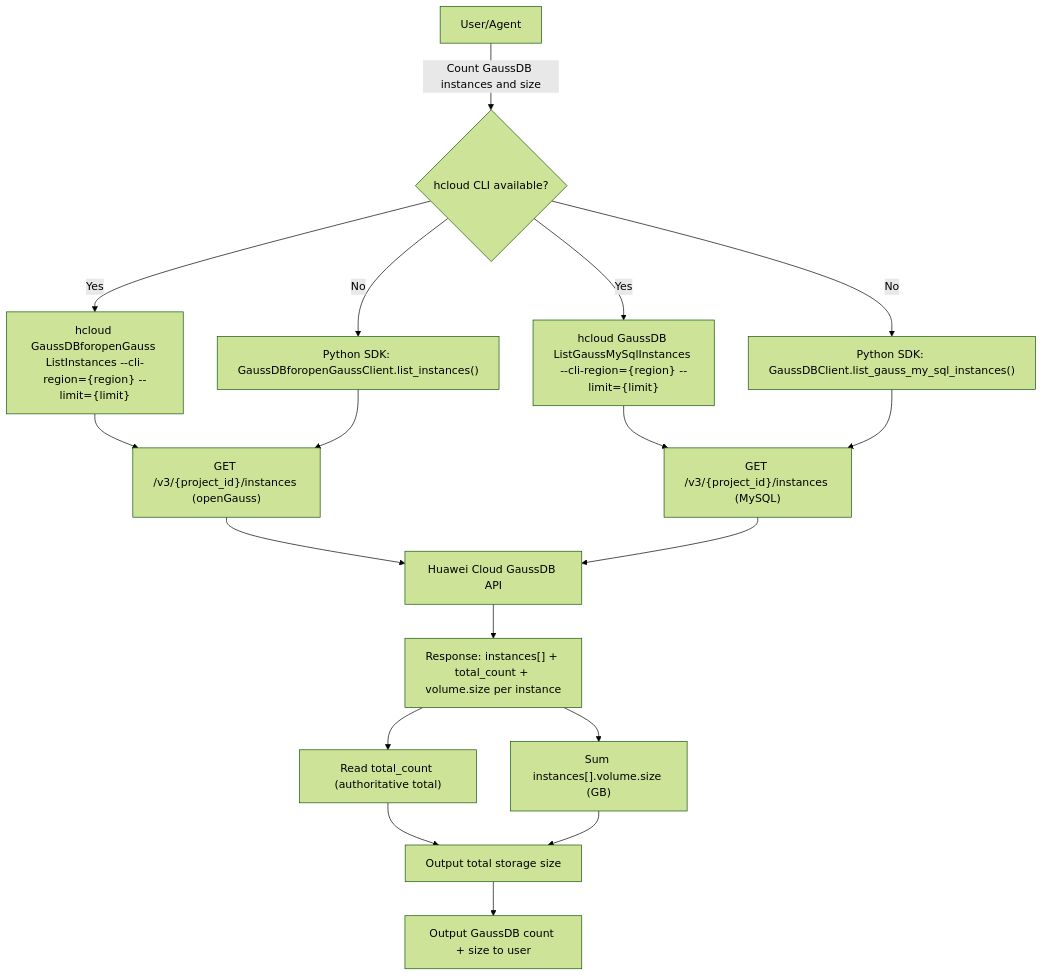
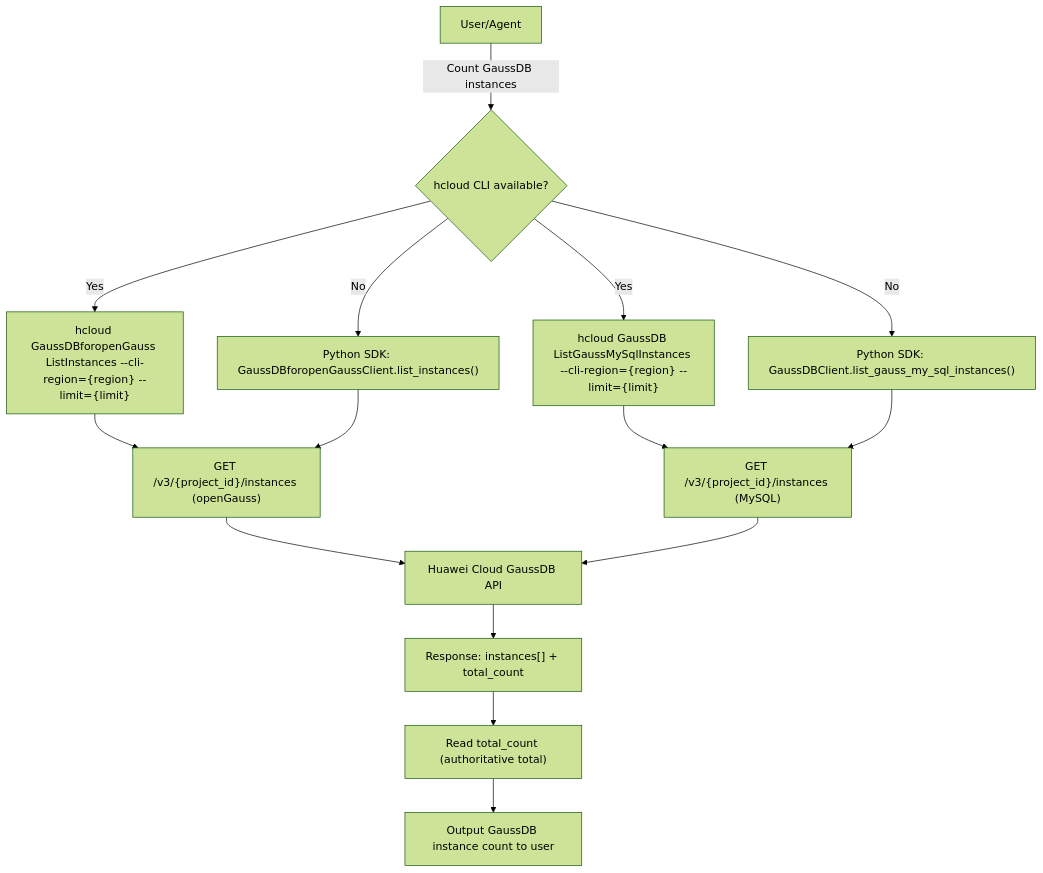
The diagram in skills/storage/gaussdb/huawei-cloud-gaussdb-count/references/dataflow-diagram.md (huaweicloud-dev/huaweicloud-skills-dev), drawn with Mermaid (forest theme) before and after one commit. The commit also changed 16 other files, not shown here.

First line of the commit message:
update skill: storage/gaussdb/huawei-cloud-gaussdb-count

````diff
--- a/skills/storage/gaussdb/huawei-cloud-gaussdb-count/references/dataflow-diagram.md
+++ b/skills/storage/gaussdb/huawei-cloud-gaussdb-count/references/dataflow-diagram.md
@@ -3,20 +3,17 @@
 ```mermaid
 flowchart TD
-    A[User/Agent] -->|"Count GaussDB instances and size"| B{hcloud CLI available?}
+    A[User/Agent] -->|"Count GaussDB instances"| B{hcloud CLI available?}
     B -->|Yes| C["hcloud GaussDBforopenGauss ListInstances --cli-region={region} --limit={limit}"]
     B -->|Yes| D["hcloud GaussDB ListGaussMySqlInstances --cli-region={region} --limit={limit}"]
     B -->|No| E["Python SDK: GaussDBforopenGaussClient.list_instances()"]
     B -->|No| F["Python SDK: GaussDBClient.list_gauss_my_sql_instances()"]
     C --> G["GET /v3/{project_id}/instances (openGauss)"]
     D --> H["GET /v3/{project_id}/instances (MySQL)"]
     E --> G
     F --> H
     G --> I[Huawei Cloud GaussDB API]
     H --> I
-    I --> J["Response: instances[] + total_count + volume.size per instance"]
+    I --> J["Response: instances[] + total_count"]
     J --> K["Read total_count (authoritative total)"]
-    J --> M["Sum instances[].volume.size (GB)"]
-    K --> N["Output count"]
-    M --> N["Output total storage size"]
-    N --> O["Output GaussDB count + size to user"]
+    K --> L["Output GaussDB instance count to user"]
 ```
````
